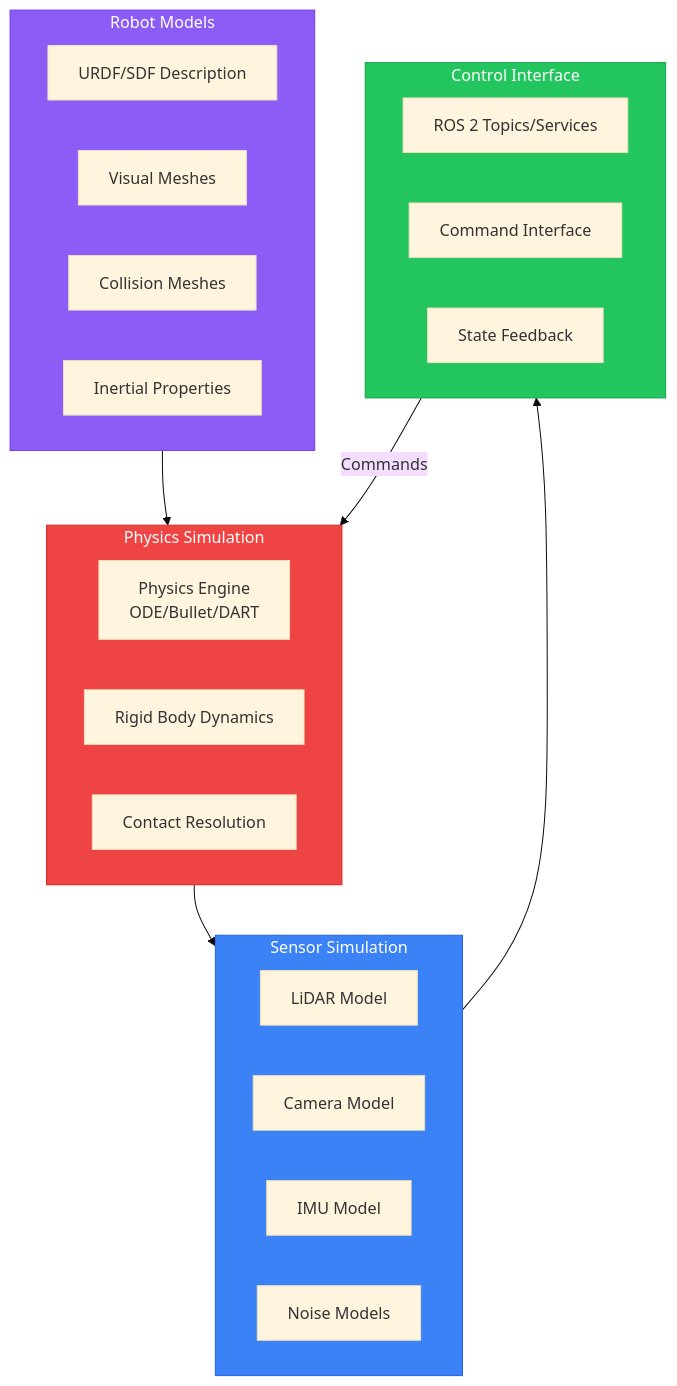
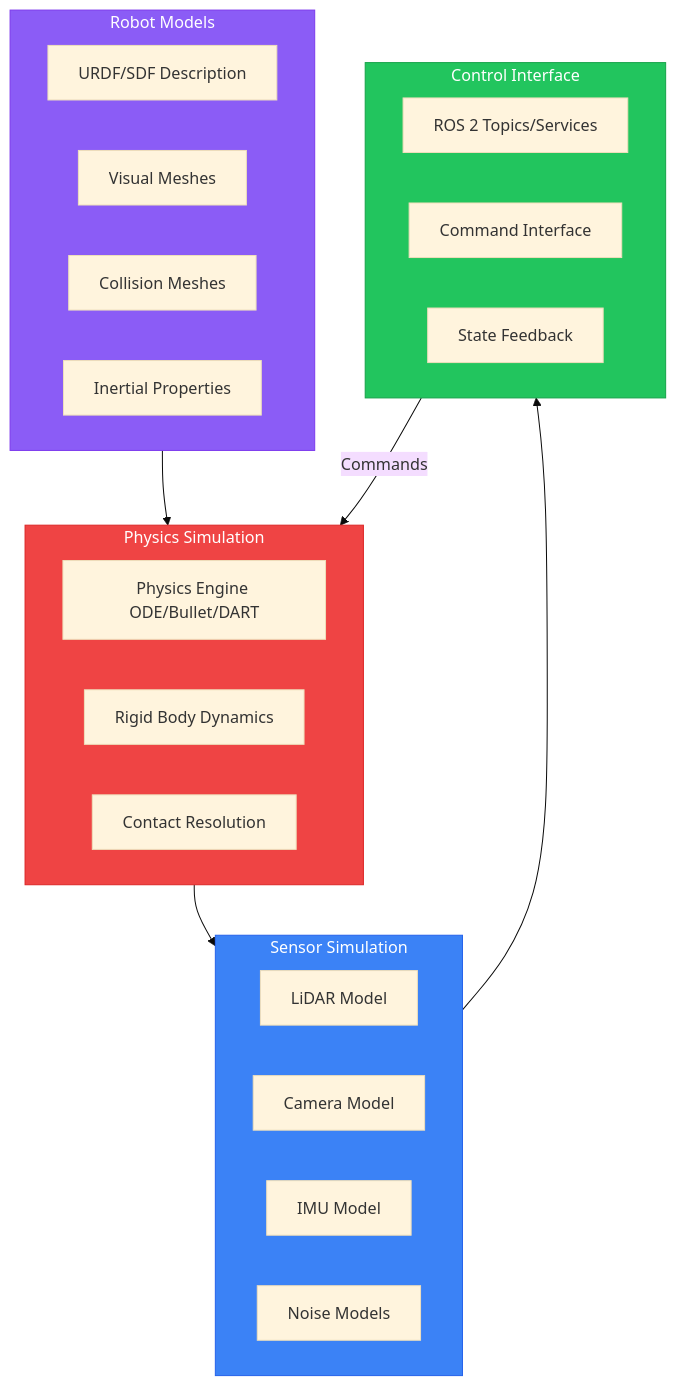
Before and after one commit to shakir-hussain1/physical-AI-and-humanoid-robotics-textbook-by-shakir-hussain: the third of 5 diagrams in docs/modules/module-2-digital-twin/chapter-05-intro.md, drawn with Mermaid (base theme). The commit also changed 17 other files, not shown here.

Commit message:
fix: Remove br tags from Mermaid diagrams causing parse errors

````diff
--- a/docs/modules/module-2-digital-twin/chapter-05-intro.md
+++ b/docs/modules/module-2-digital-twin/chapter-05-intro.md
@@ -155,38 +155,38 @@
 ```mermaid
 flowchart TD
     subgraph Models["Robot Models"]
         URDF[URDF/SDF Description]
         MESH[Visual Meshes]
         COLL[Collision Meshes]
         INERTIA[Inertial Properties]
     end
 
     subgraph Physics["Physics Simulation"]
-        ENGINE[Physics Engine<br/>ODE/Bullet/DART]
+        ENGINE[Physics Engine ODE/Bullet/DART]
         DYNAMICS[Rigid Body Dynamics]
         CONTACTS[Contact Resolution]
     end
 
     subgraph Sensors["Sensor Simulation"]
         LIDAR[LiDAR Model]
         CAM[Camera Model]
         IMU[IMU Model]
         NOISE[Noise Models]
     end
 
     subgraph Control["Control Interface"]
         ROS[ROS 2 Topics/Services]
         CMD[Command Interface]
         STATE[State Feedback]
     end
 
     Models --> Physics
     Physics --> Sensors
     Sensors --> Control
     Control -->|Commands| Physics
 
     style Models fill:#8b5cf6,stroke:#7c3aed,color:#fff
     style Physics fill:#ef4444,stroke:#dc2626,color:#fff
     style Sensors fill:#3b82f6,stroke:#2563eb,color:#fff
     style Control fill:#22c55e,stroke:#16a34a,color:#fff
 ```
````
